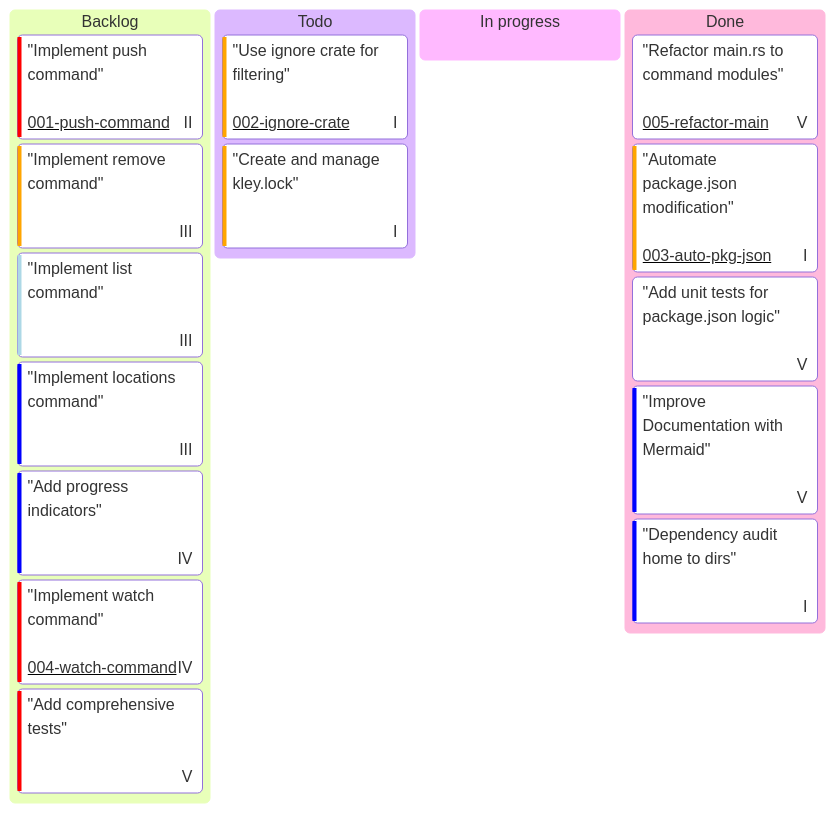
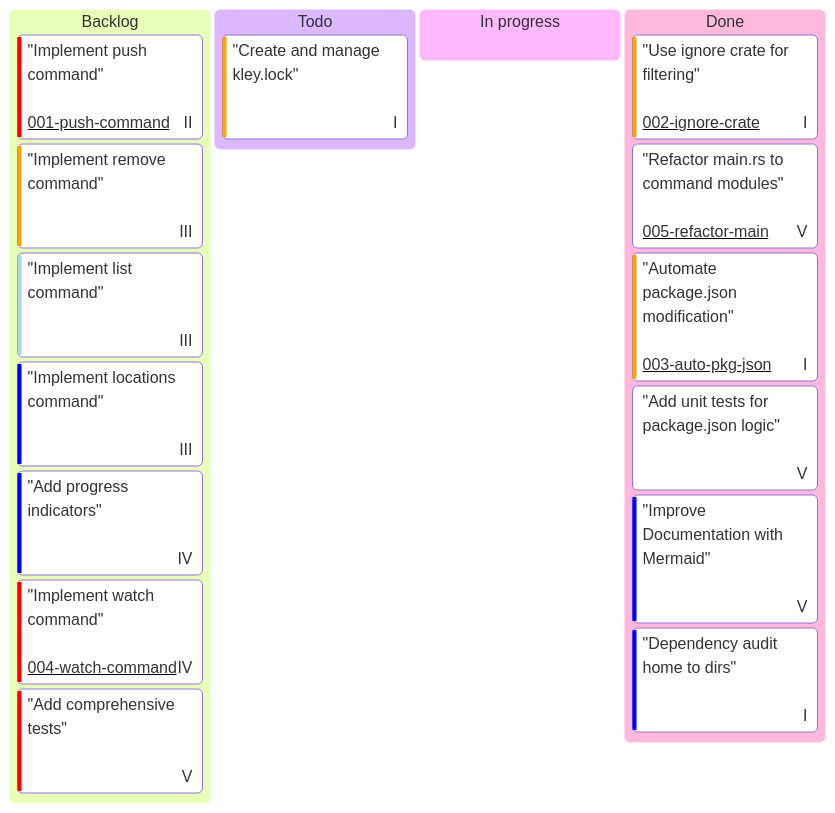
The diagram in docs/KANBAN.md (sumbad/kley), drawn with Mermaid before and after one commit. The commit also changed other lines of this file and 5 other files, not shown here.

````diff
--- a/docs/KANBAN.md
+++ b/docs/KANBAN.md
@@ -21,35 +21,35 @@
 ```mermaid
 ---
 config:
   kanban:
     ticketBaseUrl: 'https://github.com/sumbad/kley/tree/master/docs/tickets/#TICKET#.md'
     
     ### Legend
     # assigned - used for epics, has an epic name (epics/#EPIC#.md)
     # priority - used for complexity
     # ticket - used for a ticket file name (tickets/#TICKET#.md)
 ---
 
 kanban
     Backlog
         "Implement push command"<br/><br/>@{ assigned: II, priority: 'Very High', ticket: '001-push-command' }
         "Implement remove command"<br/><br/>@{ assigned: III, priority: 'High' }
         "Implement list command"<br/><br/>@{ assigned: III, priority: 'Very Low' }
         "Implement locations command"<br/><br/>@{ assigned: III, priority: 'Low' }
         "Add progress indicators"<br/><br/>@{ assigned: IV, priority: 'Low' }
         "Implement watch command"<br/><br/>@{ assigned: IV, priority: 'Very High', ticket: '004-watch-command' }
         "Add comprehensive tests"<br/><br/>@{ assigned: V, priority: 'Very High' }
 
     Todo
-        "Use ignore crate for filtering"<br/><br/>@{ assigned: I, priority: 'High', ticket: '002-ignore-crate' }
         "Create and manage kley.lock"<br/><br/>@{ assigned: I, priority: 'High' }
 
     [In progress]
 
     Done
+        "Use ignore crate for filtering"<br/><br/>@{ assigned: I, priority: 'High', ticket: '002-ignore-crate' }
         "Refactor main.rs to command modules"<br/><br/>@{ assigned: V, priority: 'Medium', ticket: '005-refactor-main' }
         "Automate package.json modification"<br/><br/>@{ assigned: I, priority: 'High', ticket: '003-auto-pkg-json' }
         "Add unit tests for package.json logic"<br/><br/>@{ assigned: V, priority: 'Medium' }
         "Improve Documentation with Mermaid"<br/><br/>@{ assigned: V, priority: 'Low' }
         "Dependency audit home to dirs"<br/><br/>@{ assigned: I, priority: 'Low' }
 ```
````
